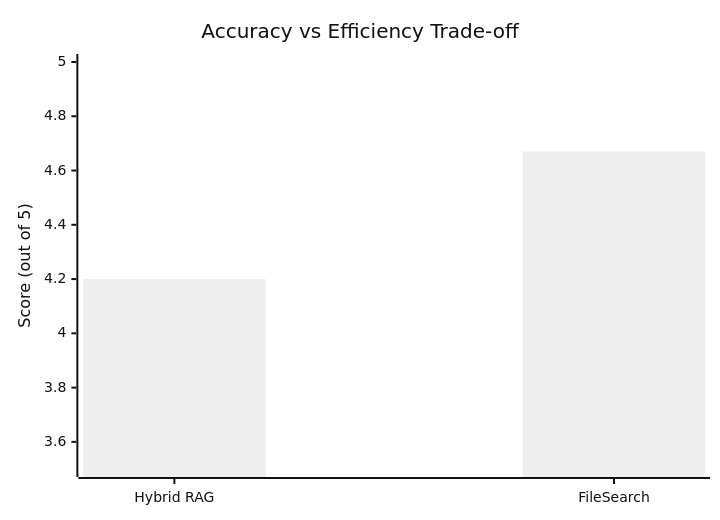
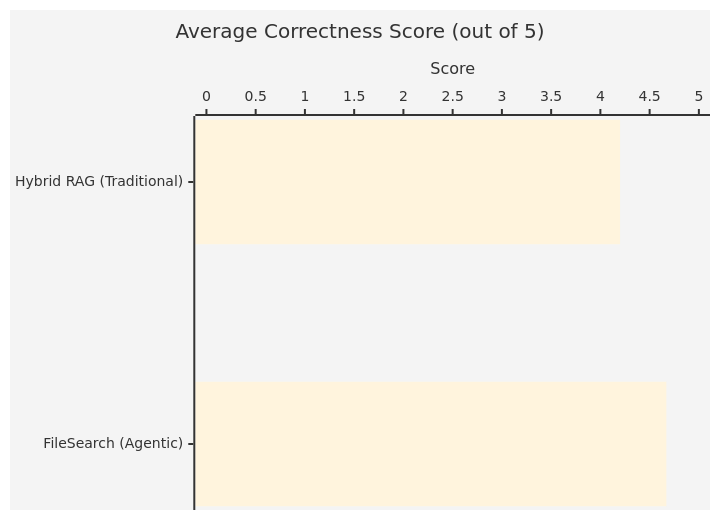
The second of 5 diagrams in README.md (bhargav-latent/Agent-Harness-RAG), drawn with Mermaid before and after one commit. The commit also changed other lines of this file, not shown here.

First line of the commit message:
Improve accuracy comparison chart with modern styling

````diff
--- a/README.md
+++ b/README.md
@@ -73,8 +75,14 @@
 ```mermaid
-%%{init: {'theme': 'neutral'}}%%
-xychart-beta
-    title "Accuracy vs Efficiency Trade-off"
-    x-axis ["Hybrid RAG", "FileSearch"]
-    y-axis "Score (out of 5)" 3.5 --> 5
+%%{init: {
+  'theme': 'base',
+  'themeVariables': {
+    'primaryColor': '#708090',
+    'secondaryColor': '#FA8072'
+  }
+}}%%
+xychart-beta horizontal
+    title "Average Correctness Score (out of 5)"
+    x-axis ["Hybrid RAG (Traditional)", "FileSearch (Agentic)"]
+    y-axis "Score" 0 --> 5
     bar [4.20, 4.67]
 ```
````
